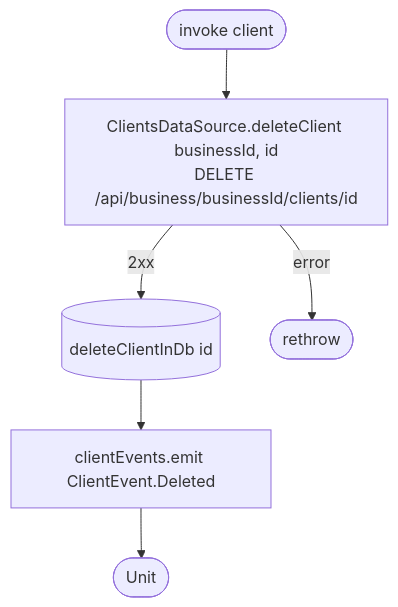
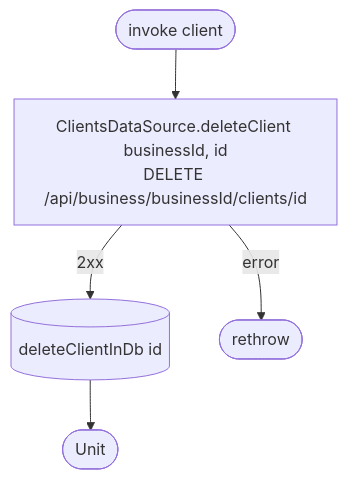
The diagram in docs/operations/clients/delete-client.md (nocturneproperties/bookkme-client), drawn with Mermaid before and after one commit. The commit also changed other lines of this file and 169 other files, not shown here.

````diff
--- a/docs/operations/clients/delete-client.md
+++ b/docs/operations/clients/delete-client.md
@@ -8,8 +8,7 @@
 ```mermaid
 flowchart TD
     Start([invoke client]) --> Net[ClientsDataSource.deleteClient businessId, id<br/>DELETE /api/business/businessId/clients/id]
     Net -- 2xx --> Del[(deleteClientInDb id)]
-    Del --> Emit[clientEvents.emit ClientEvent.Deleted]
-    Emit --> R([Unit])
+    Del --> R([Unit])
     Net -- error --> EX([rethrow])
 ```
````
